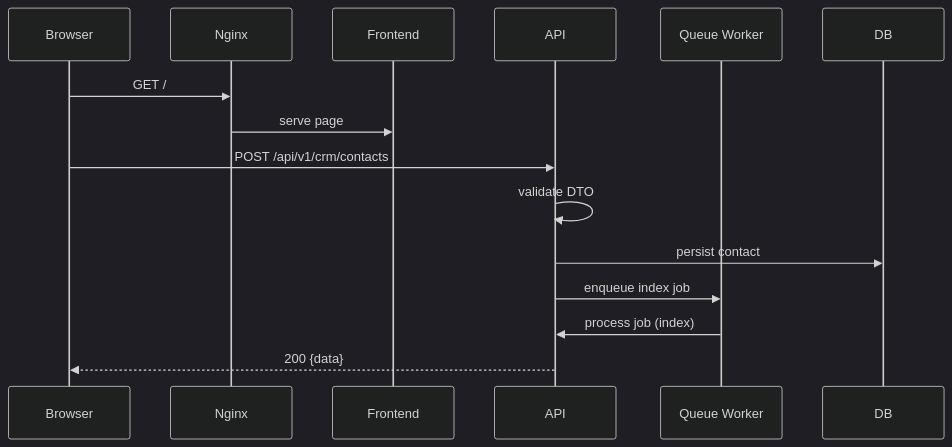
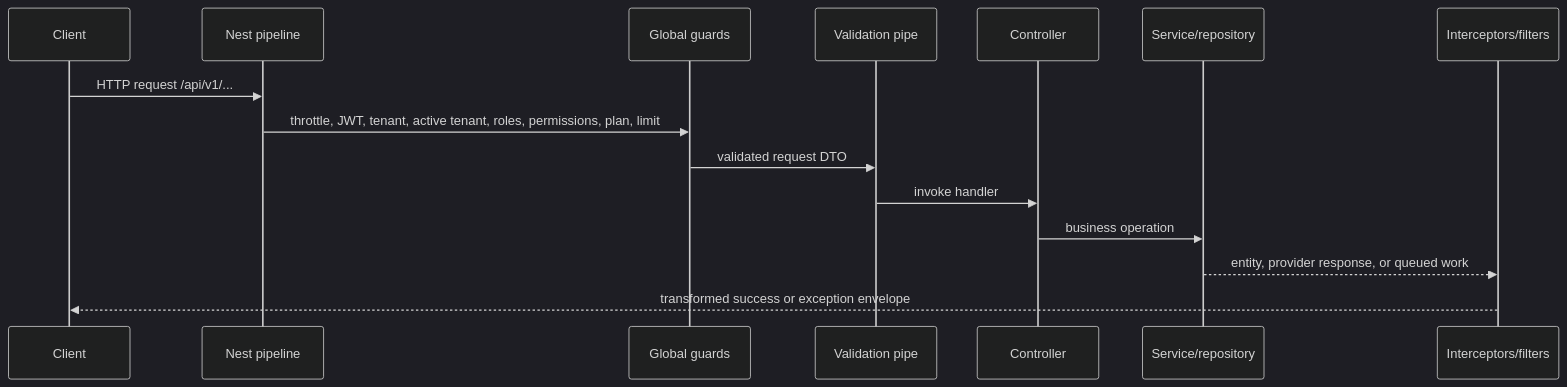
Before and after one commit to amitsaroj/autopilot.monster.crm: the first of 3 diagrams in docs/LLD.md, drawn with Mermaid (dark theme). The commit also changed other lines of this file and 14 other files, not shown here.

````diff
--- a/docs/LLD.md
+++ b/docs/LLD.md
@@ -221,16 +36,17 @@
 ```mermaid
 sequenceDiagram
-  participant B as Browser
-  participant N as Nginx
-  participant F as Frontend
-  participant A as API
-  participant Q as Queue Worker
-  B->>N: GET /
-  N->>F: serve page
-  B->>A: POST /api/v1/crm/contacts
-  A->>A: validate DTO
-  A->>DB: persist contact
-  A->>Q: enqueue index job
-  Q->>A: process job (index)
-  A-->>B: 200 {data}
+  participant C as Client
+  participant N as Nest pipeline
+  participant G as Global guards
+  participant P as Validation pipe
+  participant K as Controller
+  participant S as Service/repository
+  participant I as Interceptors/filters
+  C->>N: HTTP request /api/v1/...
+  N->>G: throttle, JWT, tenant, active tenant, roles, permissions, plan, limit
+  G->>P: validated request DTO
+  P->>K: invoke handler
+  K->>S: business operation
+  S-->>I: entity, provider response, or queued work
+  I-->>C: transformed success or exception envelope
 ```
````
